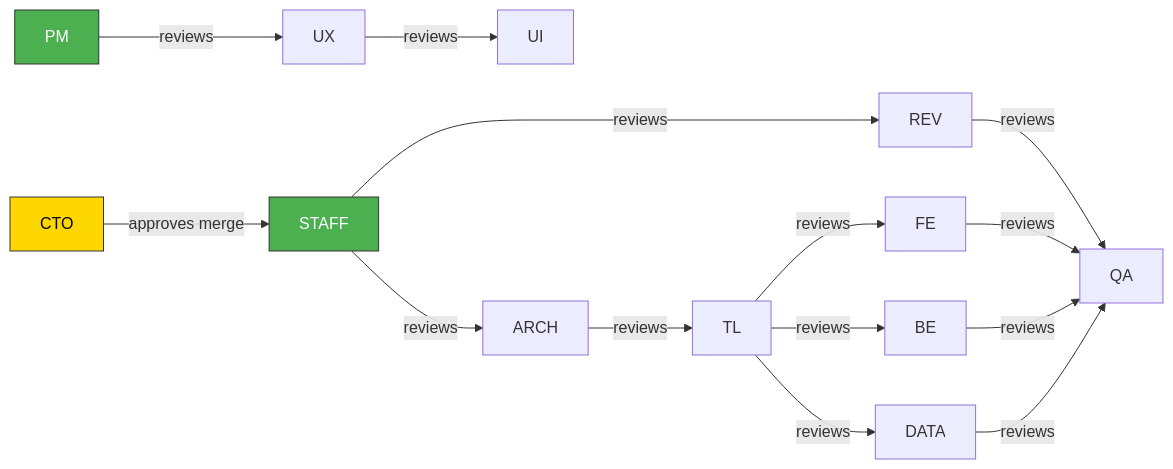
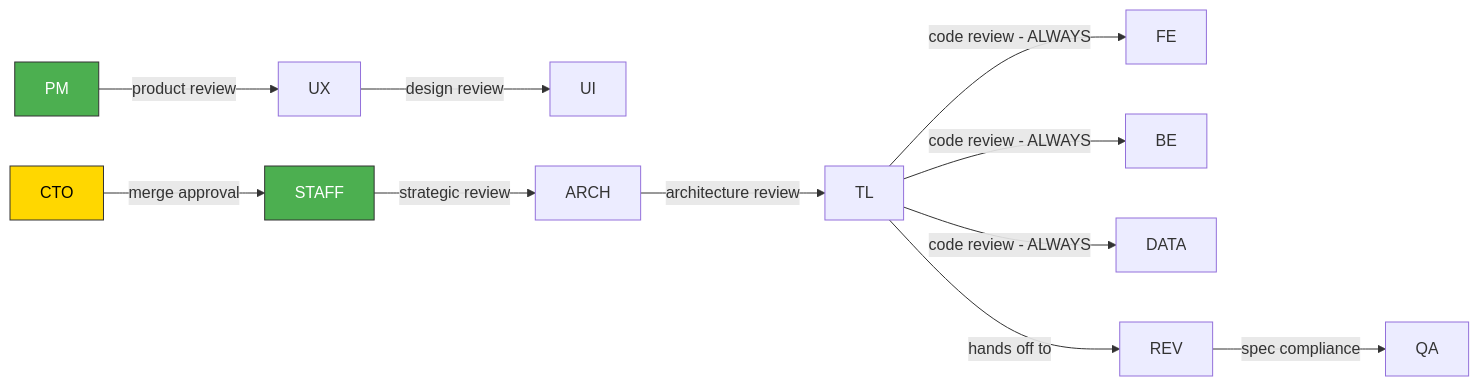
The second of 3 diagrams in docs/ORG-CHART.md (antonygiomarxdev/mill), drawn with Mermaid before and after one commit. The commit also changed other lines of this file, not shown here.

First line of the commit message:
docs: add architect between staff and tech lead

````diff
--- a/docs/ORG-CHART.md
+++ b/docs/ORG-CHART.md
@@ -69,25 +70,22 @@
 ```mermaid
 graph LR
-    CTO -->|approves merge| STAFF
+    CTO -->|merge approval| STAFF
     
-    PM -->|reviews| UX
-    UX -->|reviews| UI
+    PM -->|product review| UX
+    UX -->|design review| UI
     
-    STAFF -->|reviews| ARCH
-    ARCH -->|reviews| TL
-    TL -->|reviews| FE
-    TL -->|reviews| BE
-    TL -->|reviews| DATA
+    STAFF -->|strategic review| ARCH
+    ARCH -->|architecture review| TL
     
-    STAFF -->|reviews| REV
-    REV -->|reviews| QA
+    TL -->|code review - ALWAYS| FE
+    TL -->|code review - ALWAYS| BE
+    TL -->|code review - ALWAYS| DATA
     
-    FE -->|reviews| QA
-    BE -->|reviews| QA
-    DATA -->|reviews| QA
+    TL -->|hands off to| REV
+    REV -->|spec compliance| QA
     
     classDef human fill:#FFD700,stroke:#333,color:#000
     classDef active fill:#4CAF50,stroke:#333,color:#fff
     class CTO human
     class STAFF,PM active
 ```
````
